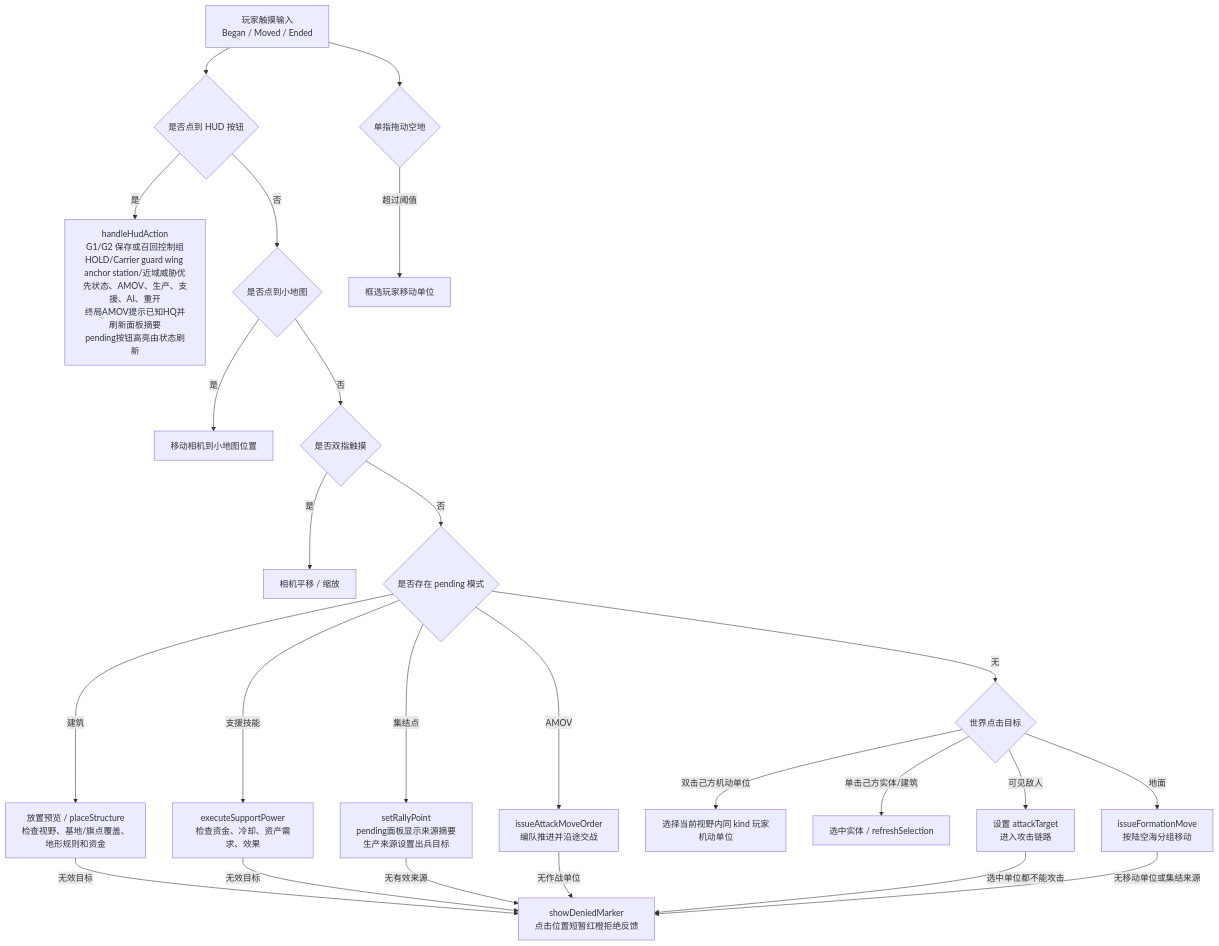
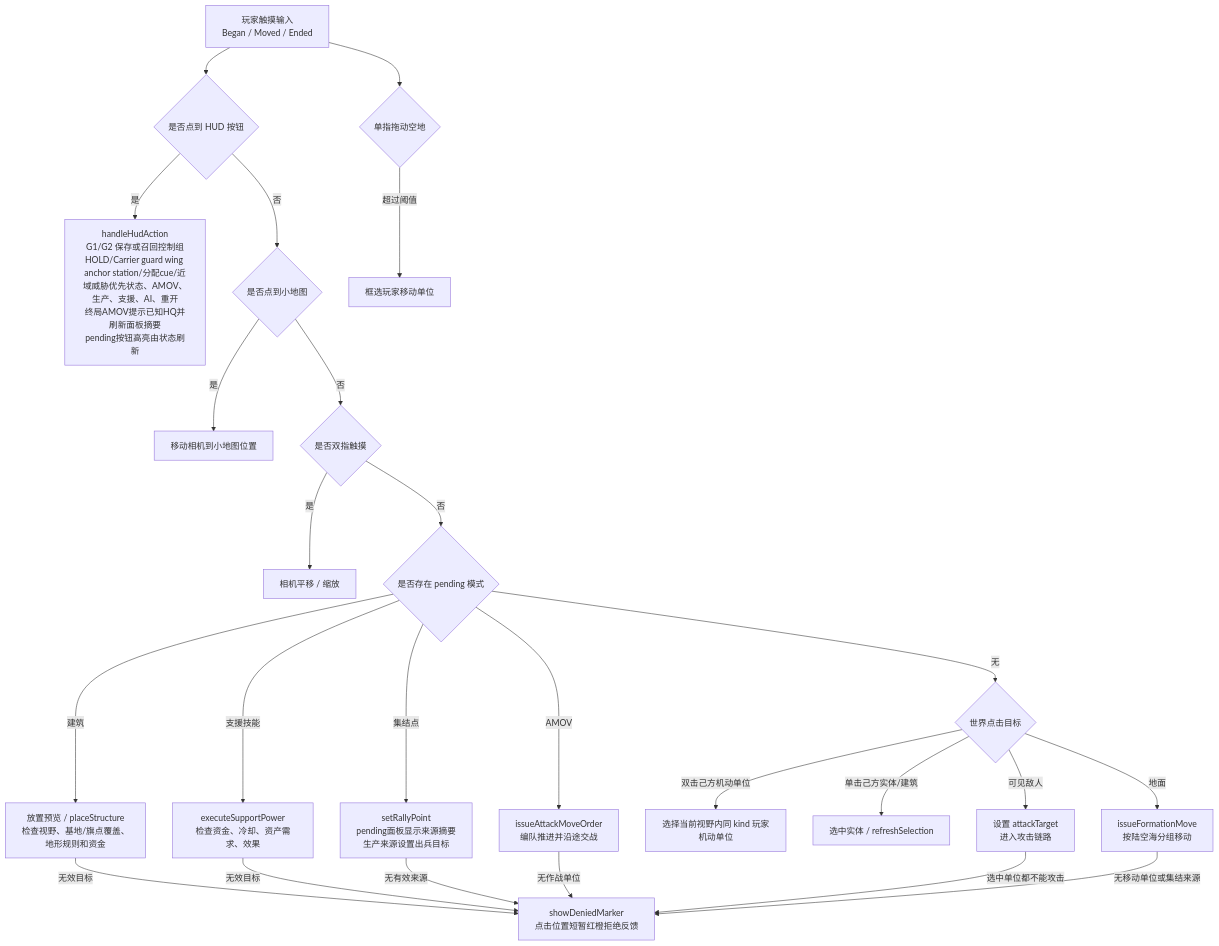
The second of 3 diagrams in md/flow/flowchart.md (Altman-sam114/1145), drawn with Mermaid before and after one commit. The commit also changed other lines of this file and 4 other files, not shown here.

````diff
--- a/md/flow/flowchart.md
+++ b/md/flow/flowchart.md
@@ -37,27 +37,27 @@
 ```mermaid
 flowchart TD
   Touch["玩家触摸输入\nBegan / Moved / Ended"] --> HUDCheck{"是否点到 HUD 按钮"}
-  HUDCheck -- "是" --> HudAction["handleHudAction\nG1/G2 保存或召回控制组\nHOLD/Carrier guard wing anchor station/近域威胁优先状态、AMOV、生产、支援、AI、重开\n终局AMOV提示已知HQ并刷新面板摘要\npending按钮高亮由状态刷新"]
+  HUDCheck -- "是" --> HudAction["handleHudAction\nG1/G2 保存或召回控制组\nHOLD/Carrier guard wing anchor station/分配cue/近域威胁优先状态、AMOV、生产、支援、AI、重开\n终局AMOV提示已知HQ并刷新面板摘要\npending按钮高亮由状态刷新"]
   HUDCheck -- "否" --> MiniMap{"是否点到小地图"}
   MiniMap -- "是" --> Camera["移动相机到小地图位置"]
   MiniMap -- "否" --> MultiTouch{"是否双指触摸"}
   MultiTouch -- "是" --> PanZoom["相机平移 / 缩放"]
   MultiTouch -- "否" --> Pending{"是否存在 pending 模式"}
   Pending -- "建筑" --> Place["放置预览 / placeStructure\n检查视野、基地/旗点覆盖、地形规则和资金"]
   Pending -- "支援技能" --> Support["executeSupportPower\n检查资金、冷却、资产需求、效果"]
   Pending -- "集结点" --> Rally["setRallyPoint\npending面板显示来源摘要\n生产来源设置出兵目标"]
   Pending -- "AMOV" --> AttackMove["issueAttackMoveOrder\n编队推进并沿途交战"]
   Place -- "无效目标" --> Denied["showDeniedMarker\n点击位置短暂红橙拒绝反馈"]
   Support -- "无效目标" --> Denied
   Rally -- "无有效来源" --> Denied
   AttackMove -- "无作战单位" --> Denied
   Pending -- "无" --> WorldTap{"世界点击目标"}
   WorldTap -- "双击己方机动单位" --> TypeSelect["选择当前视野内同 kind 玩家机动单位"]
   WorldTap -- "单击己方实体/建筑" --> Select["选中实体 / refreshSelection"]
   WorldTap -- "可见敌人" --> Attack["设置 attackTarget\n进入攻击链路"]
   WorldTap -- "地面" --> Move["issueFormationMove\n按陆空海分组移动"]
   Attack -- "选中单位都不能攻击" --> Denied
   Move -- "无移动单位或集结来源" --> Denied
   Touch --> Drag{"单指拖动空地"}
   Drag -- "超过阈值" --> Box["框选玩家移动单位"]
 ```
````
